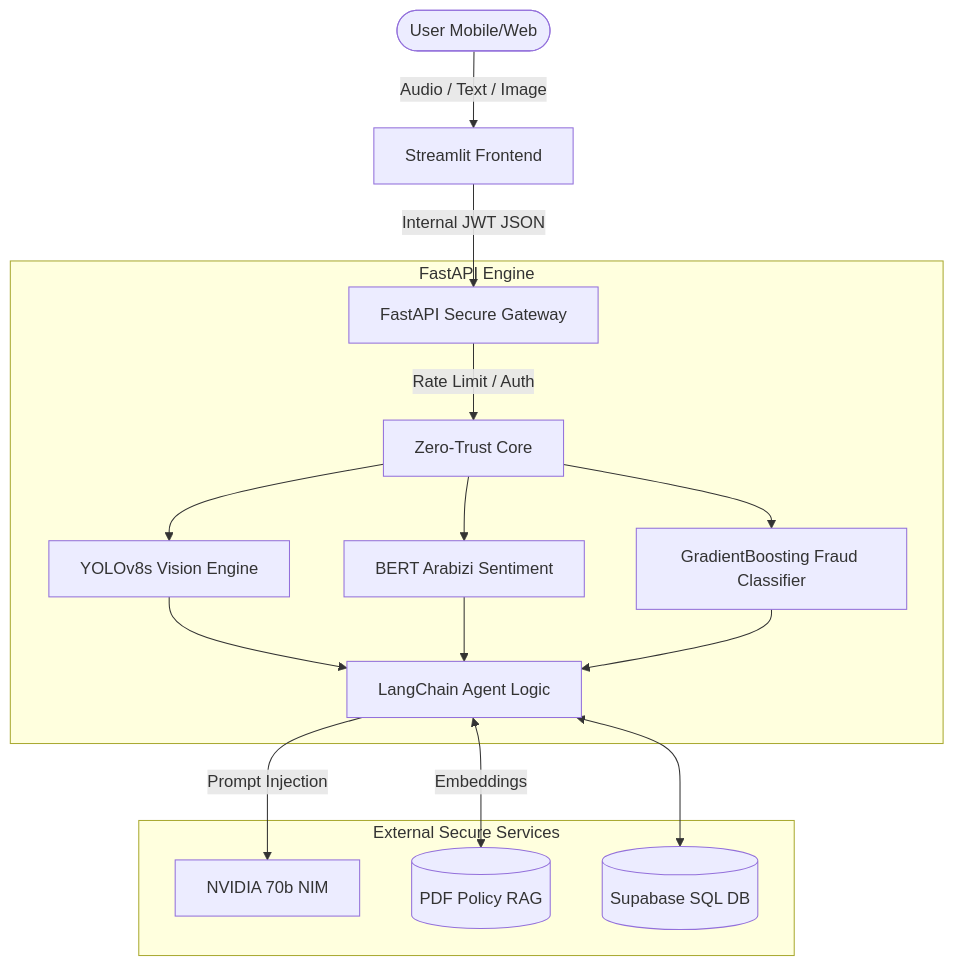
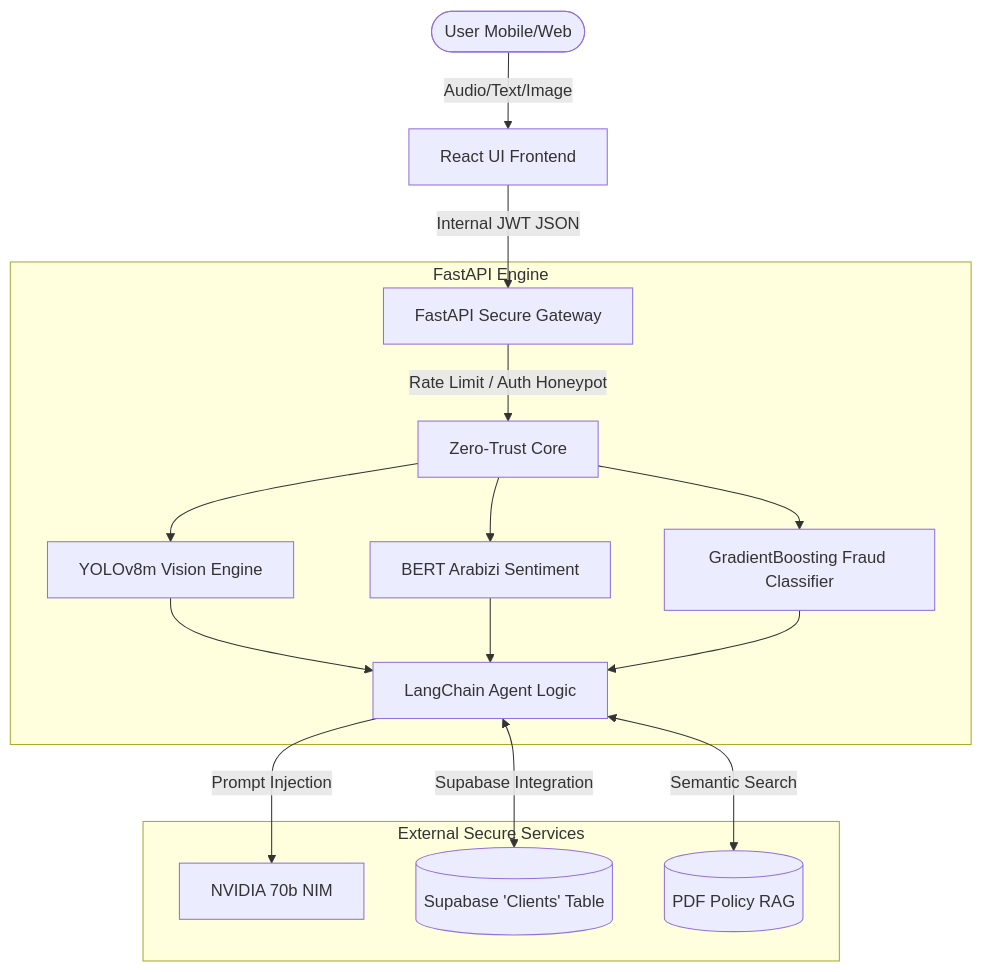
The diagram in README.md (PublisherX02/project), drawn with Mermaid before and after one commit. The commit also changed other lines of this file and 13 other files, not shown here.

````diff
--- a/README.md
+++ b/README.md
@@ -55,23 +93,23 @@
 ```mermaid
 graph TD
-    User([User Mobile/Web]) -->|Audio / Text / Image| Streamlit[Streamlit Frontend]
+    User([User Mobile/Web]) -->|Audio/Text/Image| Streamlit[React UI Frontend]
     Streamlit -->|Internal JWT JSON| API[FastAPI Secure Gateway]
     
     subgraph FastAPI Engine
-        API -->|Rate Limit / Auth| Security[Zero-Trust Core]
+        API -->|Rate Limit / Auth Honeypot| Security[Zero-Trust Core]
         
-        Security --> Vision[YOLOv8s Vision Engine]
+        Security --> Vision[YOLOv8m Vision Engine]
         Security --> NLP[BERT Arabizi Sentiment]
         Security --> Fraud[GradientBoosting Fraud Classifier]
         
         Vision --> LangChain[LangChain Agent Logic]
         NLP --> LangChain
         Fraud --> LangChain
     end
     
     subgraph External Secure Services
         LangChain -->|Prompt Injection| NVIDIA[NVIDIA 70b NIM]
-        LangChain <-->|Embeddings| ChromaDB[(PDF Policy RAG)]
-        LangChain <--> Supabase[(Supabase SQL DB)]
+        LangChain <-->|Supabase Integration| Supabase[(Supabase 'Clients' Table)]
+        LangChain <-->|Semantic Search| ChromaDB[(PDF Policy RAG)]
     end
 ```
````
